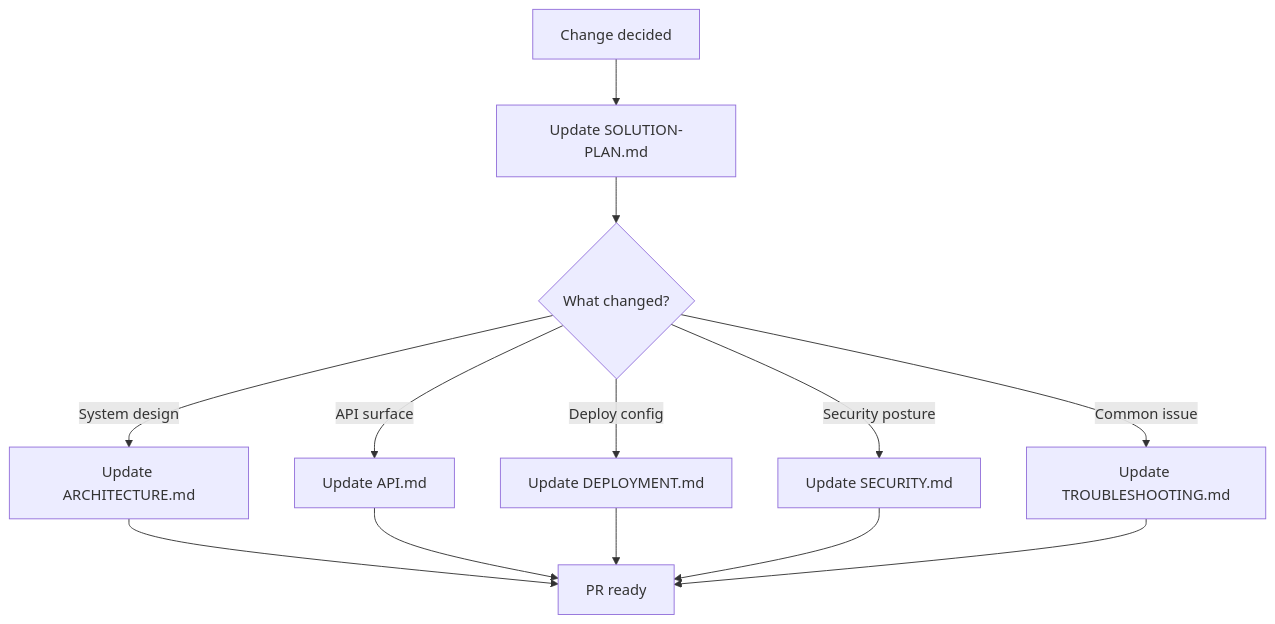
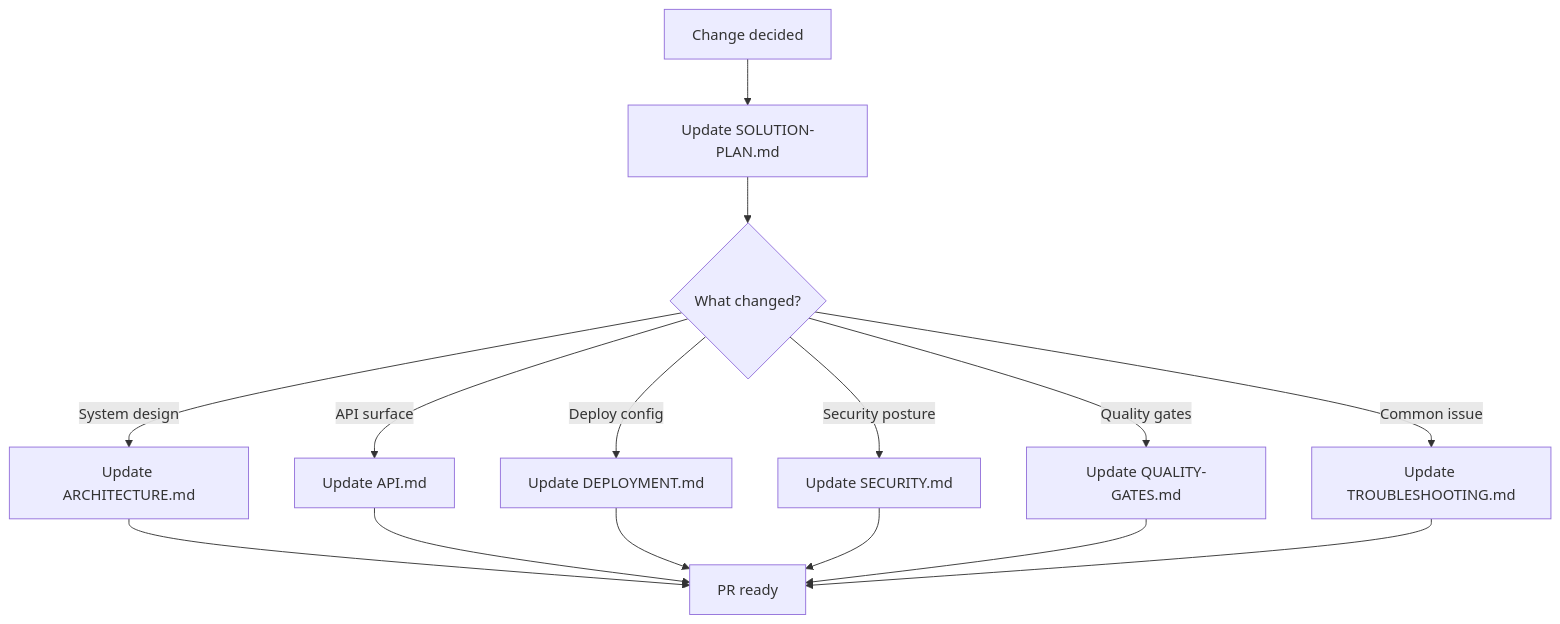
One commit to Oweeboi011/Fit-Ready-IQ changed diagram 18 of 18 in docs/solution-plan/SOLUTION-PLAN.md. Above: the diagram before and after it, drawn with Mermaid. The commit also changed other lines of this file and 15 other files, not shown here.

````diff
--- a/docs/solution-plan/SOLUTION-PLAN.md
+++ b/docs/solution-plan/SOLUTION-PLAN.md
@@ -909,15 +1077,17 @@
 ```mermaid
 flowchart TD
     A["Change decided"] --> B["Update SOLUTION-PLAN.md"]
     B --> C{What changed?}
     C -->|System design| D["Update ARCHITECTURE.md"]
     C -->|API surface| E["Update API.md"]
     C -->|Deploy config| F["Update DEPLOYMENT.md"]
     C -->|Security posture| G["Update SECURITY.md"]
-    C -->|Common issue| H["Update TROUBLESHOOTING.md"]
-    D --> I["PR ready"]
-    E --> I
-    F --> I
-    G --> I
-    H --> I
+    C -->|Quality gates| H["Update QUALITY-GATES.md"]
+    C -->|Common issue| I["Update TROUBLESHOOTING.md"]
+    D --> J["PR ready"]
+    E --> J
+    F --> J
+    G --> J
+    H --> J
+    I --> J
 ```
````
